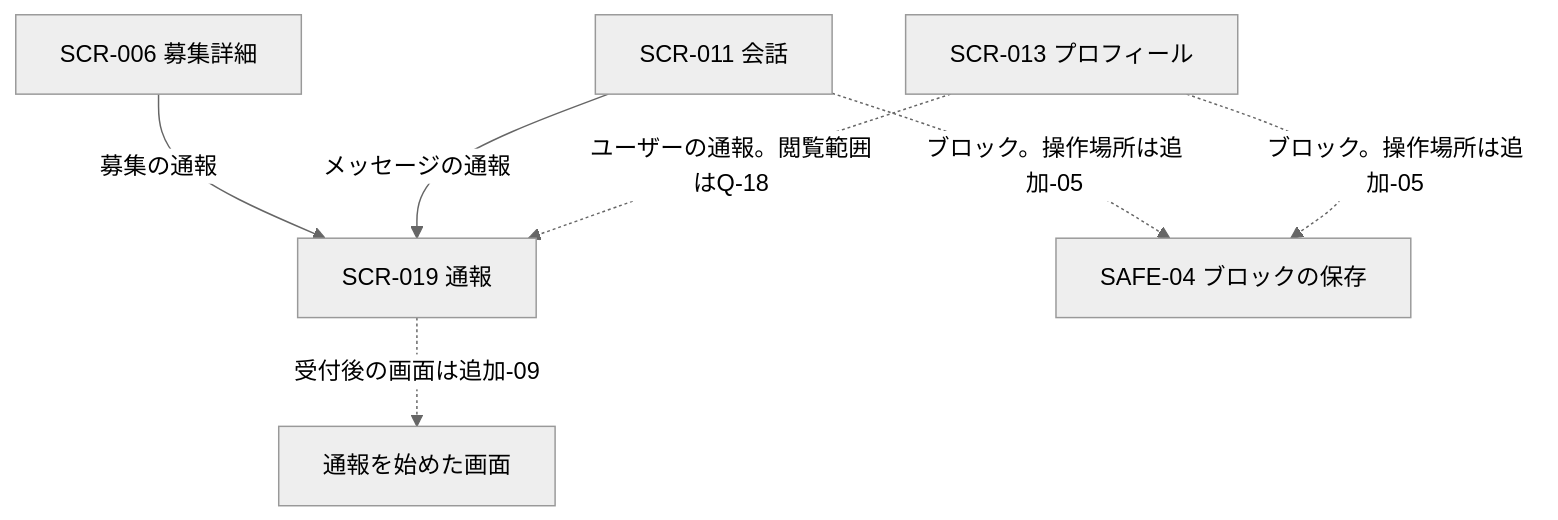
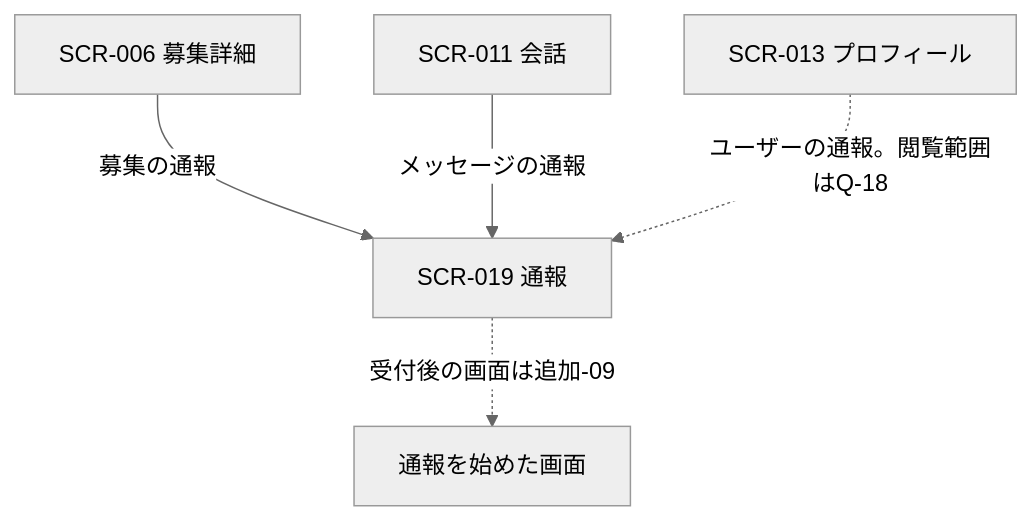
The sixth of 8 diagrams in docs/10_画面一覧.md (sysnovastudio-byte/nagoya-volleyball-matching), drawn with Mermaid (neutral theme) before and after one commit. The commit also changed other lines of this file and 7 other files, not shown here.

````diff
--- a/docs/10_画面一覧.md
+++ b/docs/10_画面一覧.md
@@ -355,9 +353,7 @@
 ```mermaid
 flowchart TD
     F1["SCR-006 募集詳細"] -->|"募集の通報"| F4["SCR-019 通報"]
     F2["SCR-011 会話"] -->|"メッセージの通報"| F4
     F3["SCR-013 プロフィール"] -.->|"ユーザーの通報。閲覧範囲はQ-18"| F4
-    F2 -.->|"ブロック。操作場所は追加-05"| F5["SAFE-04 ブロックの保存"]
-    F3 -.->|"ブロック。操作場所は追加-05"| F5
     F4 -.->|"受付後の画面は追加-09"| F8["通報を始めた画面"]
 ```
````
